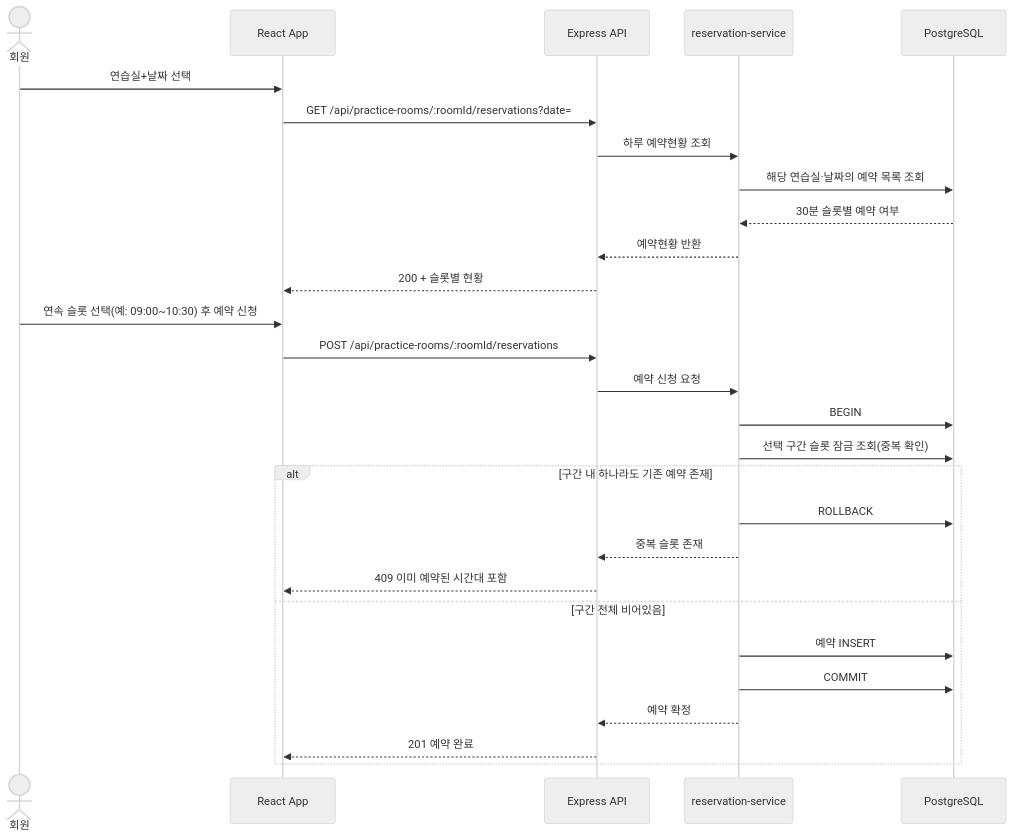
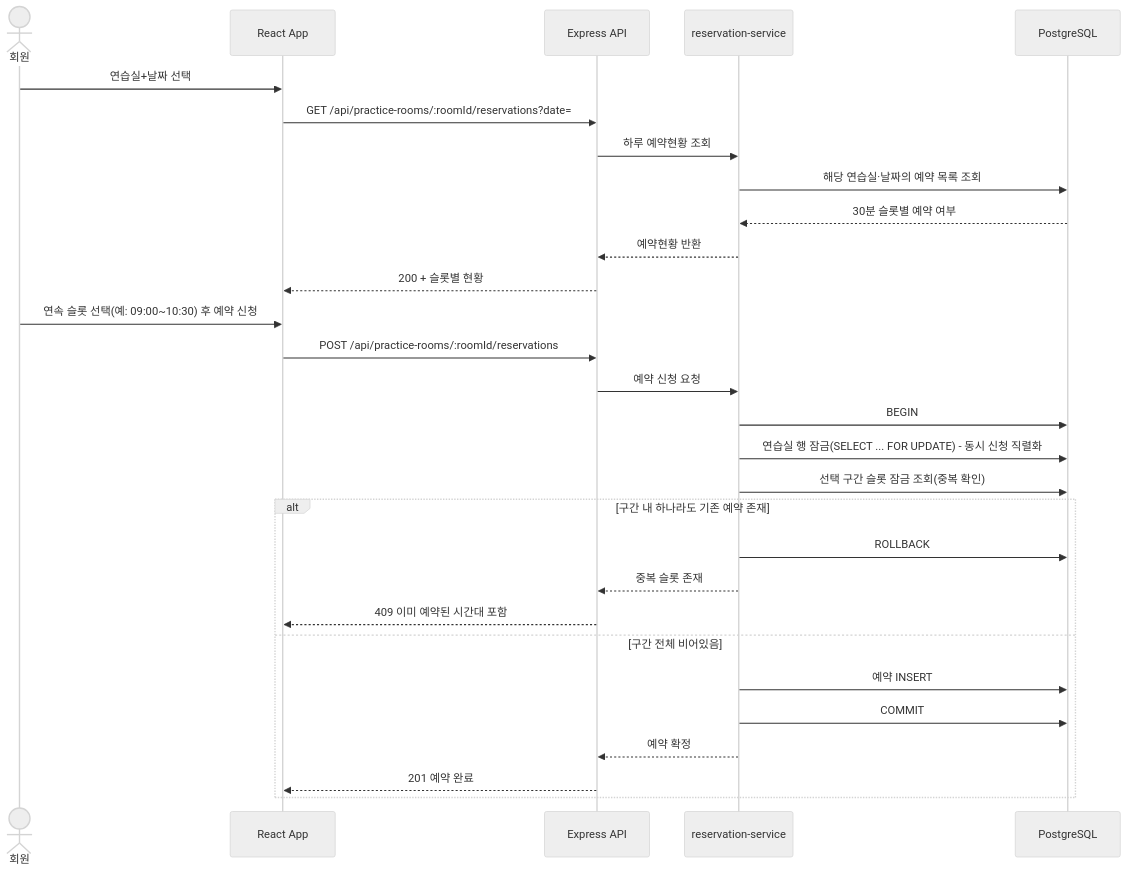
The third of 4 diagrams in docs/6-arch-diagram.md (kfanfanbT9/ClubHome), drawn with Mermaid (neutral theme) before and after one commit. The commit also changed other lines of this file and 22 other files, not shown here.

````diff
--- a/docs/6-arch-diagram.md
+++ b/docs/6-arch-diagram.md
@@ -88,32 +100,33 @@
 ```mermaid
 sequenceDiagram
     actor U as 회원
     participant FE as React App
     participant API as Express API
     participant SVC as reservation-service
     participant DB as PostgreSQL
 
     U->>FE: 연습실+날짜 선택
     FE->>API: GET /api/practice-rooms/:roomId/reservations?date=
     API->>SVC: 하루 예약현황 조회
     SVC->>DB: 해당 연습실·날짜의 예약 목록 조회
     DB-->>SVC: 30분 슬롯별 예약 여부
     SVC-->>API: 예약현황 반환
     API-->>FE: 200 + 슬롯별 현황
 
     U->>FE: 연속 슬롯 선택(예: 09:00~10:30) 후 예약 신청
     FE->>API: POST /api/practice-rooms/:roomId/reservations
     API->>SVC: 예약 신청 요청
     SVC->>DB: BEGIN
+    SVC->>DB: 연습실 행 잠금(SELECT ... FOR UPDATE) - 동시 신청 직렬화
     SVC->>DB: 선택 구간 슬롯 잠금 조회(중복 확인)
     alt 구간 내 하나라도 기존 예약 존재
         SVC->>DB: ROLLBACK
         SVC-->>API: 중복 슬롯 존재
         API-->>FE: 409 이미 예약된 시간대 포함
     else 구간 전체 비어있음
         SVC->>DB: 예약 INSERT
         SVC->>DB: COMMIT
         SVC-->>API: 예약 확정
         API-->>FE: 201 예약 완료
     end
 ```
````
